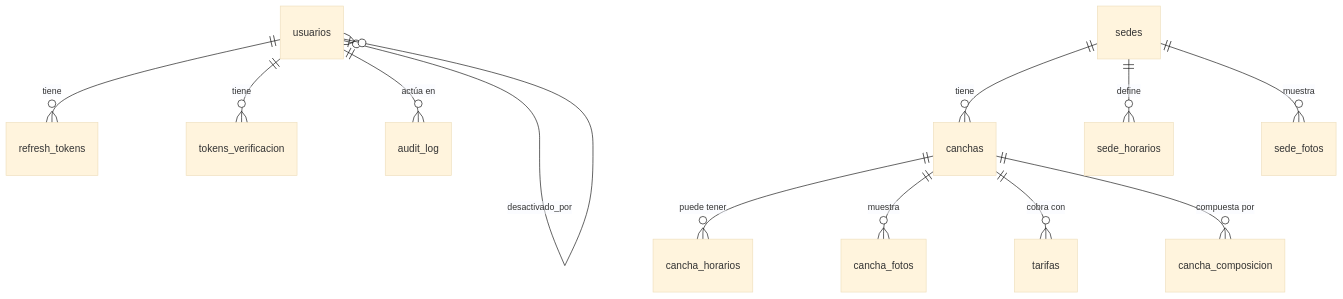
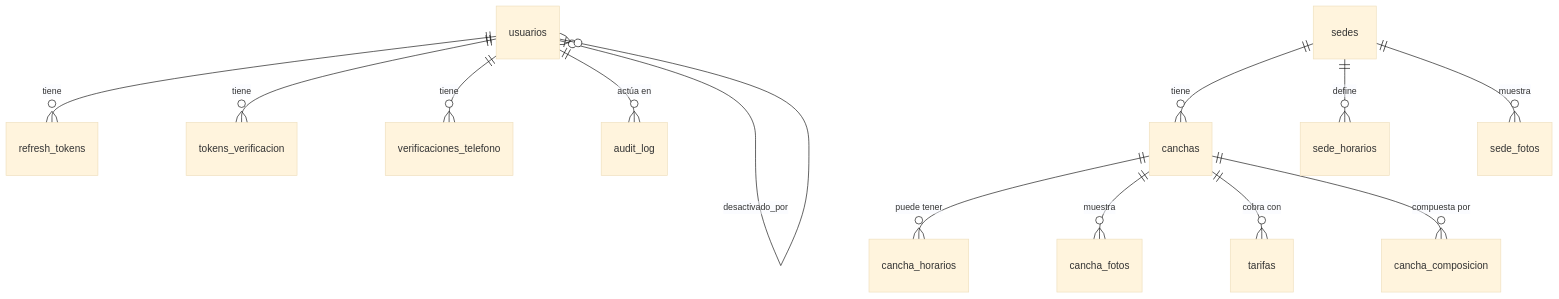
One commit to AlanFati12/goltime changed the diagram in docs/modelo-datos.md. Above: the diagram before and after it, drawn with Mermaid (base theme). The commit also changed other lines of this file and 1 other file, not shown here.

````diff
--- a/docs/modelo-datos.md
+++ b/docs/modelo-datos.md
@@ -106,14 +115,15 @@
 ```mermaid
 erDiagram
   usuarios ||--o{ refresh_tokens : "tiene"
   usuarios ||--o{ tokens_verificacion : "tiene"
+  usuarios ||--o{ verificaciones_telefono : "tiene"
   usuarios ||--o{ audit_log : "actúa en"
   usuarios |o--o{ usuarios : "desactivado_por"
   sedes ||--o{ canchas : "tiene"
   sedes ||--o{ sede_horarios : "define"
   sedes ||--o{ sede_fotos : "muestra"
   canchas ||--o{ cancha_horarios : "puede tener"
   canchas ||--o{ cancha_fotos : "muestra"
   canchas ||--o{ tarifas : "cobra con"
   canchas ||--o{ cancha_composicion : "compuesta por"
 ```
````
